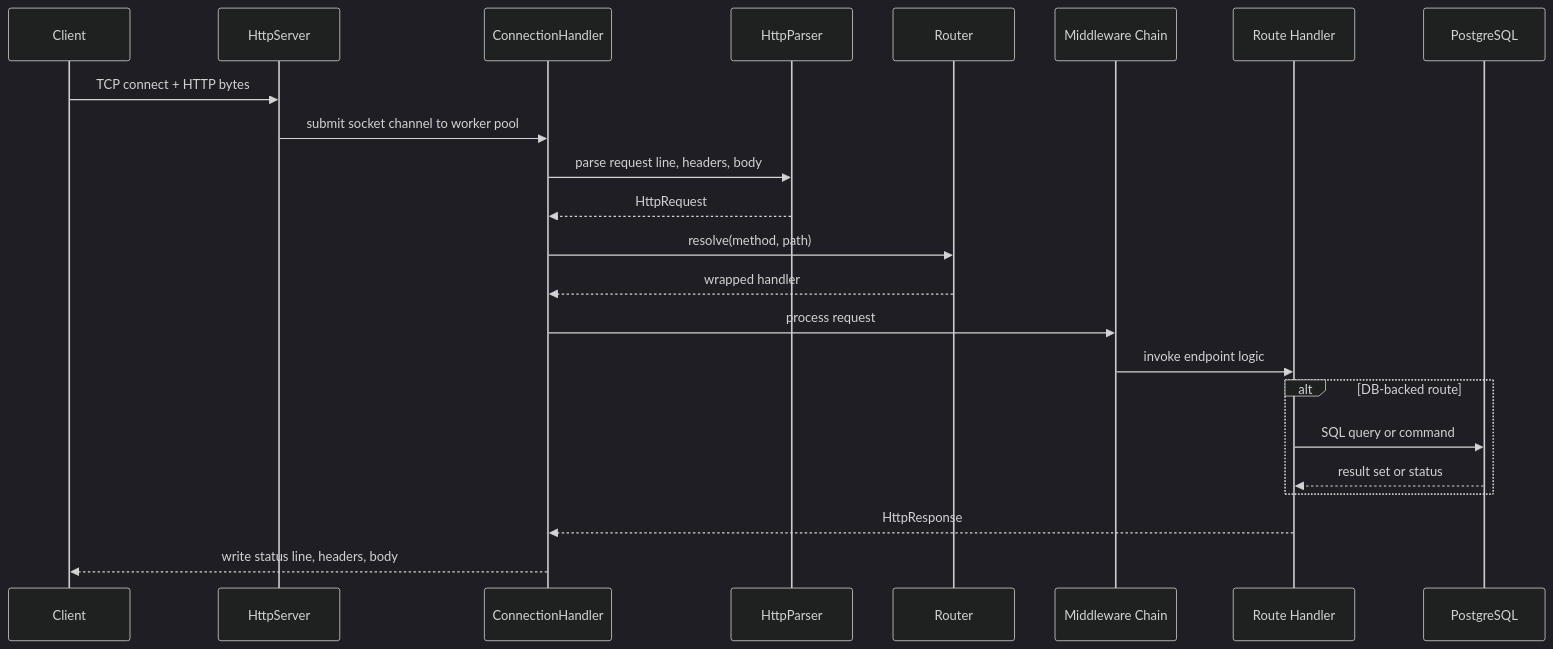
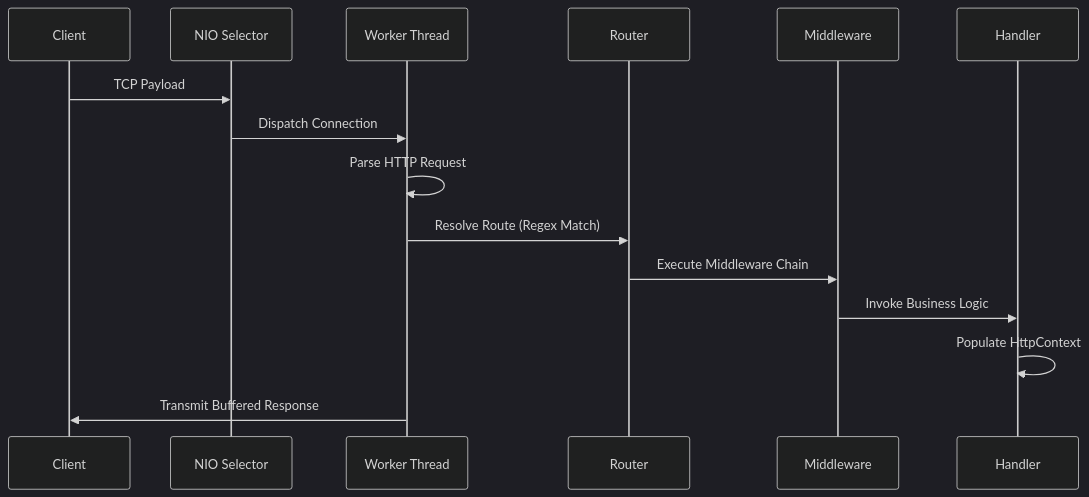
One commit to jhanvi857/coreHTTP changed the second of 2 diagrams in README.md. Above: the diagram before and after it, drawn with Mermaid (dark theme). The commit also changed other lines of this file, not shown here.

````diff
--- a/README.md
+++ b/README.md
@@ -84,26 +36,18 @@
 ```mermaid
 sequenceDiagram
     participant C as Client
-    participant S as HttpServer
-    participant W as ConnectionHandler
-    participant P as HttpParser
+    participant S as NIO Selector
+    participant W as Worker Thread
     participant R as Router
-    participant M as Middleware Chain
-    participant H as Route Handler
-    participant D as PostgreSQL
+    participant M as Middleware
+    participant H as Handler
 
-    C->>S: TCP connect + HTTP bytes
-    S->>W: submit socket channel to worker pool
-    W->>P: parse request line, headers, body
-    P-->>W: HttpRequest
-    W->>R: resolve(method, path)
-    R-->>W: wrapped handler
-    W->>M: process request
-    M->>H: invoke endpoint logic
-    alt DB-backed route
-        H->>D: SQL query or command
-        D-->>H: result set or status
-    end
-    H-->>W: HttpResponse
-    W-->>C: write status line, headers, body
+    C->>S: TCP Payload
+    S->>W: Dispatch Connection
+    W->>W: Parse HTTP Request
+    W->>R: Resolve Route (Regex Match)
+    R->>M: Execute Middleware Chain
+    M->>H: Invoke Business Logic
+    H->>H: Populate HttpContext
+    W->>C: Transmit Buffered Response
 ```
````
